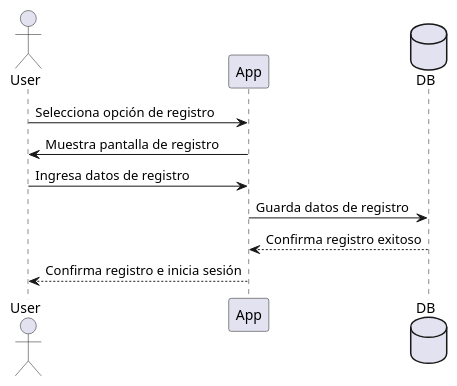
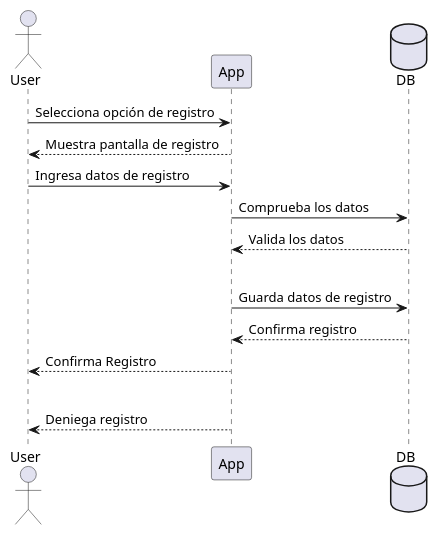
One commit to Arquisoft/wiq_es6b changed the first of 5 diagrams in docs/src/06_runtime_view.adoc. Above: the diagram before and after it, drawn with PlantUML. The commit also changed other lines of this file and 1 other file, not shown here.

```diff
--- a/docs/src/06_runtime_view.adoc
+++ b/docs/src/06_runtime_view.adoc
@@ -8,13 +8,18 @@
 [plantuml,"Sequence diagram",png]
 ----
 actor User
 participant App
 database DB
 
 User -> App: Selecciona opción de registro
-User <- App: Muestra pantalla de registro
+User <-- App: Muestra pantalla de registro
 User -> App: Ingresa datos de registro
-App -> DB: Guarda datos de registro
-App <-- DB: Confirma registro exitoso
-User <-- App: Confirma registro e inicia sesión
+App -> DB: Comprueba los datos
+App <-- DB: Valida los datos
+alt usuario válido
+    App -> DB: Guarda datos de registro
+    App <-- DB: Confirma registro
+    User <-- App: Confirma Registro
+alt usuario inválido
+    User <-- App: Deniega registro
 ----
```
